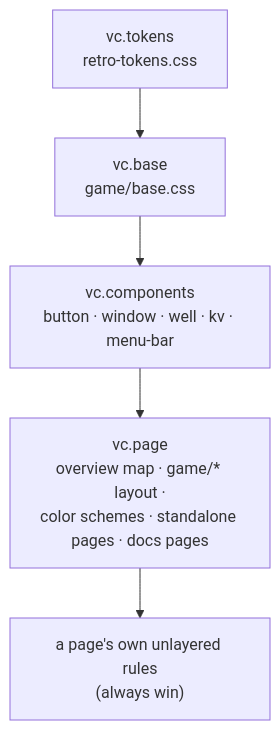
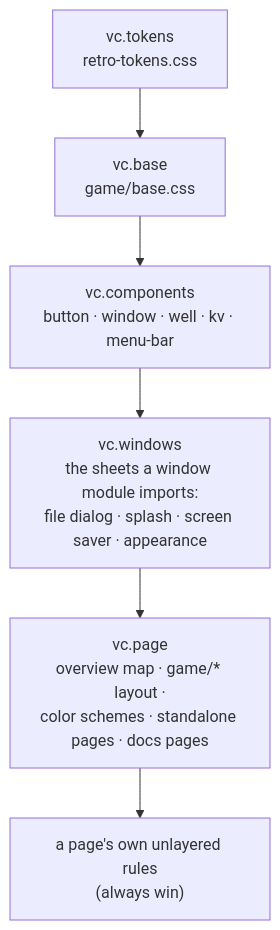
One commit to Verticopolis/components changed the seventh of 8 diagrams in ARCHITECTURE.md. Above: the diagram before and after it, drawn with Mermaid. The commit also changed other lines of this file and 1 other file, not shown here.

First line of the commit message:
Bring the architecture and README up to date with the gallery and layers

````diff
--- a/ARCHITECTURE.md
+++ b/ARCHITECTURE.md
@@ -194,7 +214,8 @@
 ```mermaid
 flowchart TD
     Tokens["vc.tokens<br/>retro-tokens.css"] --> Base["vc.base<br/>game/base.css"]
     Base --> Comp["vc.components<br/>button · window · well · kv · menu-bar"]
-    Comp --> Page["vc.page<br/>overview map · game/* layout ·<br/>color schemes · standalone pages · docs pages"]
+    Comp --> Win["vc.windows<br/>the sheets a window module imports:<br/>file dialog · splash · screen saver · appearance"]
+    Win --> Page["vc.page<br/>overview map · game/* layout ·<br/>color schemes · standalone pages · docs pages"]
     Page --> Unlayered["a page's own unlayered rules<br/>(always win)"]
 ```
````
